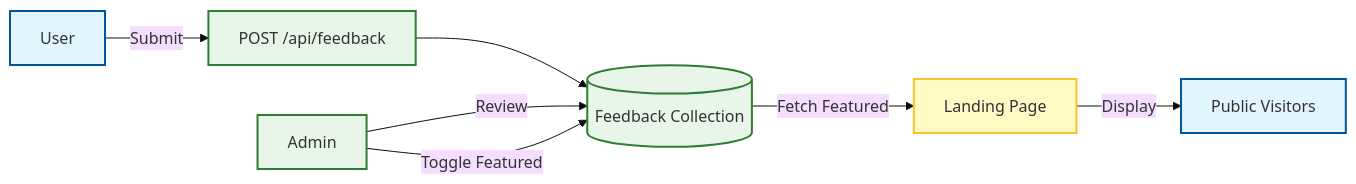
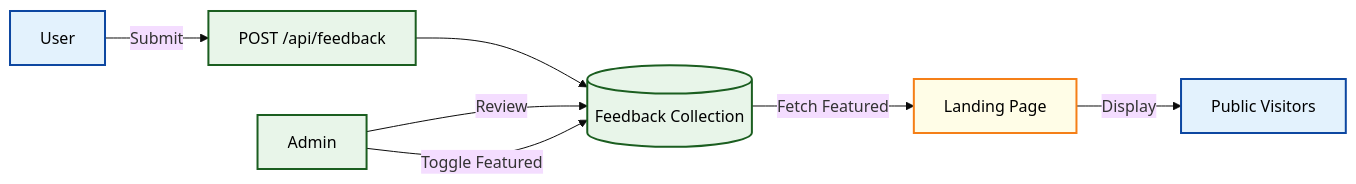
Before and after one commit to nirdeshbhesaniya/InterviewAI2.0: the seventh of 10 diagrams in WORKFLOW_NOTEBOOK.md, drawn with Mermaid (base theme). The commit also changed other lines of this file, not shown here.

````diff
--- a/WORKFLOW_NOTEBOOK.md
+++ b/WORKFLOW_NOTEBOOK.md
@@ -352,15 +352,31 @@
 ```mermaid
 graph LR
-    classDef public fill:#e1f5fe,stroke:#01579b,stroke-width:2px;
-    classDef secure fill:#e8f5e9,stroke:#2e7d32,stroke-width:2px;
-    classDef feature fill:#fff9c4,stroke:#fbc02d,stroke-width:2px;
+
+    %% ========================
+    %% High-Contrast Class Styles
+    %% ========================
+
+    classDef public  fill:#E3F2FD,stroke:#0D47A1,stroke-width:2px,color:#000;
+    classDef secure  fill:#E8F5E9,stroke:#1B5E20,stroke-width:2px,color:#000;
+    classDef feature fill:#FFFDE7,stroke:#F57F17,stroke-width:2px,color:#000;
+
+
+    %% ========================
+    %% Flow
+    %% ========================
 
     User[User]:::public -->|Submit| API[POST /api/feedback]:::secure
+
     API --> DB[(Feedback Collection)]:::secure
-    
+
+
     Admin[Admin]:::secure -->|Review| DB
+
     Admin -->|Toggle Featured| DB
-    
+
+
     DB -->|Fetch Featured| Landing[Landing Page]:::feature
+
     Landing -->|Display| Public[Public Visitors]:::public
+
 ```
````
